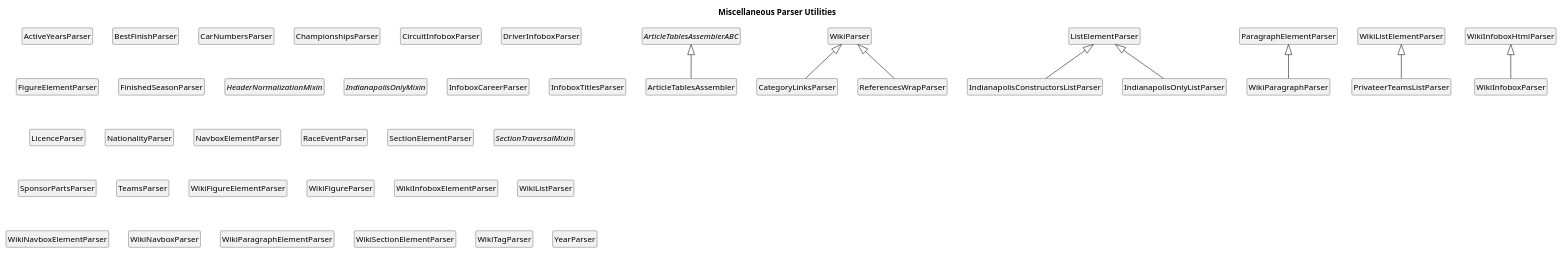
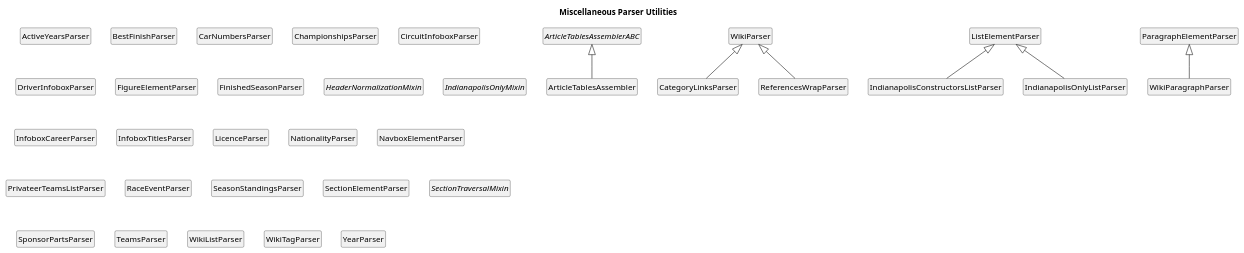
Before and after one commit to bgembalczyk/F1: the diagram in docs/uml/inheritance/parsers/07_misc_parsers.puml, drawn with PlantUML. The commit also changed 17 other files, not shown here.

```diff
--- a/docs/uml/inheritance/parsers/07_misc_parsers.puml
+++ b/docs/uml/inheritance/parsers/07_misc_parsers.puml
@@ -1,61 +1,50 @@
 @startuml
 title Miscellaneous Parser Utilities
 skinparam classAttributeIconSize 0
 hide empty members
 hide circle
 
 class ActiveYearsParser
 class ArticleTablesAssembler
 abstract class ArticleTablesAssemblerABC
 class BestFinishParser
 class CarNumbersParser
 class CategoryLinksParser
 class ChampionshipsParser
 class CircuitInfoboxParser
 class DriverInfoboxParser
 class FigureElementParser
 class FinishedSeasonParser
 abstract class HeaderNormalizationMixin
 class IndianapolisConstructorsListParser
 class IndianapolisOnlyListParser
 abstract class IndianapolisOnlyMixin
 class InfoboxCareerParser
 class InfoboxTitlesParser
 class LicenceParser
 class ListElementParser
 class NationalityParser
 class NavboxElementParser
 class ParagraphElementParser
 class PrivateerTeamsListParser
 class RaceEventParser
 class ReferencesWrapParser
+class SeasonStandingsParser
 class SectionElementParser
 abstract class SectionTraversalMixin
 class SponsorPartsParser
 class TeamsParser
-class WikiFigureElementParser
-class WikiFigureParser
-class WikiInfoboxElementParser
-class WikiInfoboxHtmlParser
-class WikiInfoboxParser
-class WikiListElementParser
 class WikiListParser
-class WikiNavboxElementParser
-class WikiNavboxParser
-class WikiParagraphElementParser
 class WikiParagraphParser
 class WikiParser
-class WikiSectionElementParser
 class WikiTagParser
 class YearParser
 
 ArticleTablesAssemblerABC <|-- ArticleTablesAssembler
 WikiParser <|-- CategoryLinksParser
 ListElementParser <|-- IndianapolisConstructorsListParser
 ListElementParser <|-- IndianapolisOnlyListParser
-WikiListElementParser <|-- PrivateerTeamsListParser
 WikiParser <|-- ReferencesWrapParser
-WikiInfoboxHtmlParser <|-- WikiInfoboxParser
 ParagraphElementParser <|-- WikiParagraphParser
 
 @enduml
```
